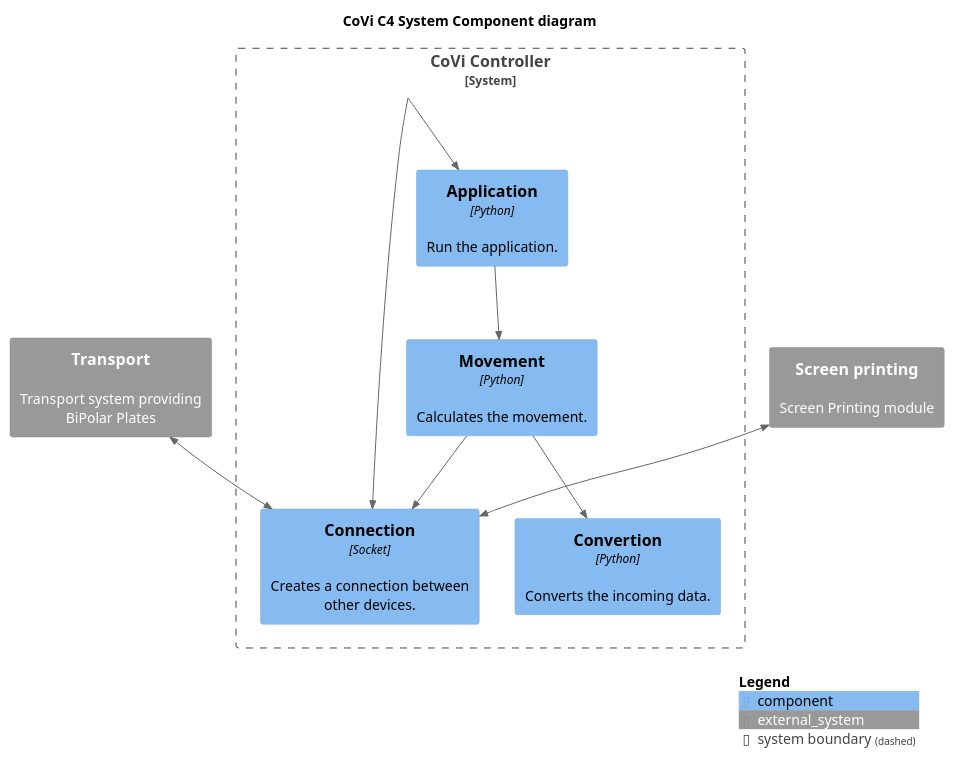
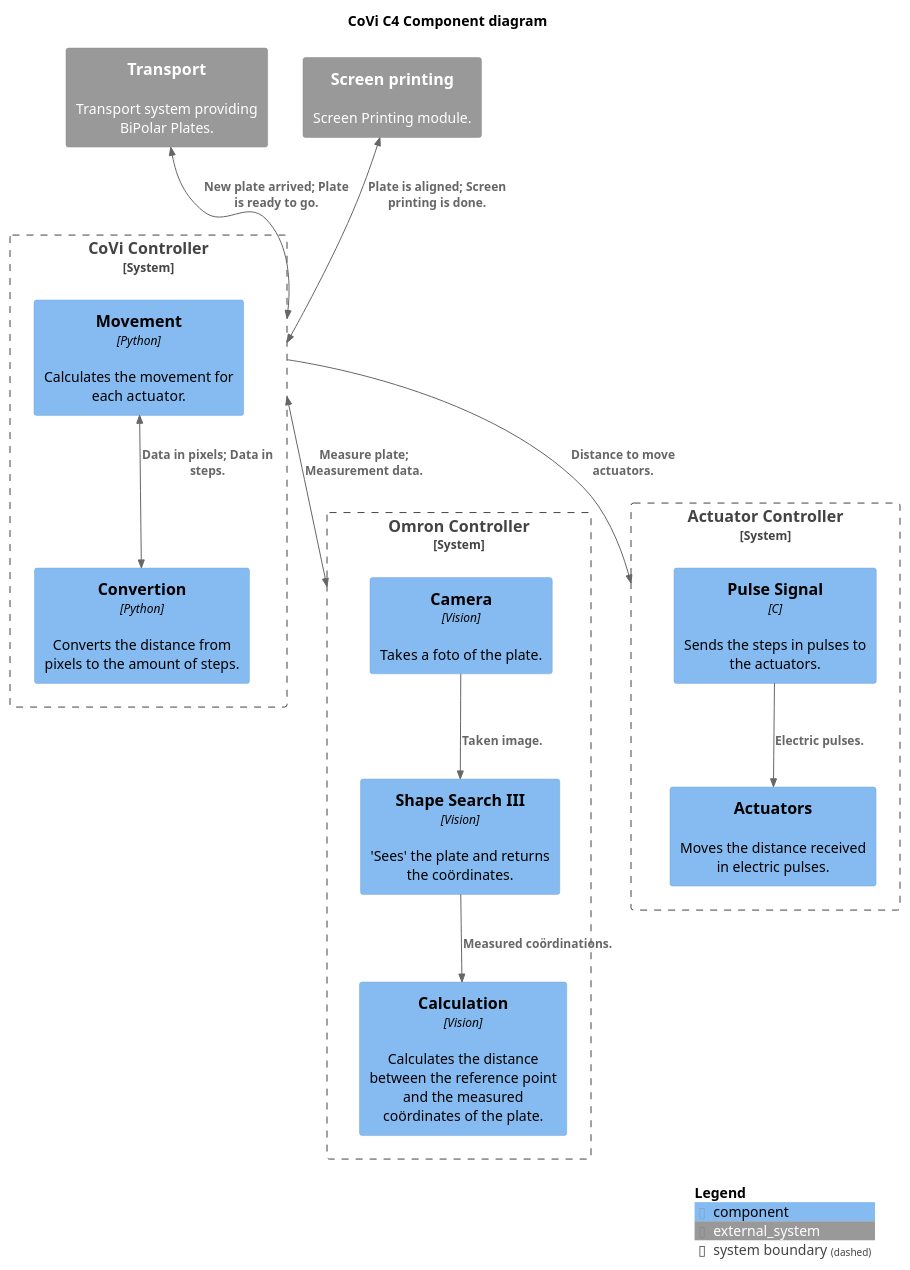
Before and after one commit to ricardosnabel/AWL-SPA: the diagram in C4 Model/CoViC4Component.puml, drawn with PlantUML. The commit also changed 5 other files, not shown here.

```diff
--- a/C4 Model/CoViC4Component.puml
+++ b/C4 Model/CoViC4Component.puml
@@ -1,27 +1,40 @@
 @startuml CoViComponent
 
 !include https://raw.githubusercontent.com/plantuml-stdlib/C4-PlantUML/master/C4_Component.puml
 
-title CoVi C4 System Component diagram
+title CoVi C4 Component diagram
 
-System_Ext(transport, "Transport", "Transport system providing BiPolar Plates")
-System_Ext(screenprint, "Screen printing", "Screen Printing module")
+System_Ext(transport, "Transport", "Transport system providing BiPolar Plates.")
+System_Ext(screenprint, "Screen printing", "Screen Printing module.")
 
-System_Boundary(covi, "CoVi Controller"){
-    Component(connection, "Connection", "Socket", "Creates a connection between other devices.")
-    Component(convert, "Convertion", "Python", "Converts the incoming data.")
-    Component(movement, "Movement", "Python", "Calculates the movement.")
-    Component(run, "Application", "Python", "Run the application.")
+System_Boundary(coviController, "CoVi Controller"){
+    Component(convert, "Convertion", "Python", "Converts the distance from pixels to the amount of steps.")
+    Component(movement, "Movement", "Python", "Calculates the movement for each actuator.")
 }
 
-BiRel(transport, connection, "")
-BiRel(screenprint, connection, "")
-Rel(covi, connection, "")
-Rel(covi, run, "")
-Rel(run, movement, "")
-Rel(movement, convert, "")
-Rel(movement, connection, "")
+System_Boundary(omronController, "Omron Controller"){
+    Component(camera, "Camera", "Vision", "Takes a foto of the plate.")
+    Component(shapesearch, "Shape Search III", "Vision", "'Sees' the plate and returns the coördinates.")
+    Component(calcution, "Calculation", "Vision", "Calculates the distance between the reference point and the measured coördinates of the plate.")
+}
+
+System_Boundary(actuatorController, "Actuator Controller"){
+    Component(pulsesignal, "Pulse Signal", "C", "Sends the steps in pulses to the actuators.")
+    Component(actuators, "Actuators", "", "Moves the distance received in electric pulses.")
+}
+
+BiRel(transport, coviController, "New plate arrived; Plate is ready to go.")
+BiRel(screenprint, coviController, "Plate is aligned; Screen printing is done.")
+
+BiRel(movement, convert, "Data in pixels; Data in steps.")
+
+BiRel(coviController, omronController, "Measure plate; Measurement data.")
+Rel(camera, shapesearch, "Taken image.")
+Rel(shapesearch, calcution, "Measured coördinations.")
+
+Rel(coviController, actuatorController, "Distance to move actuators.")
+Rel(pulsesignal, actuators, "Electric pulses.")
 
 SHOW_LEGEND()
 
 @enduml
```
